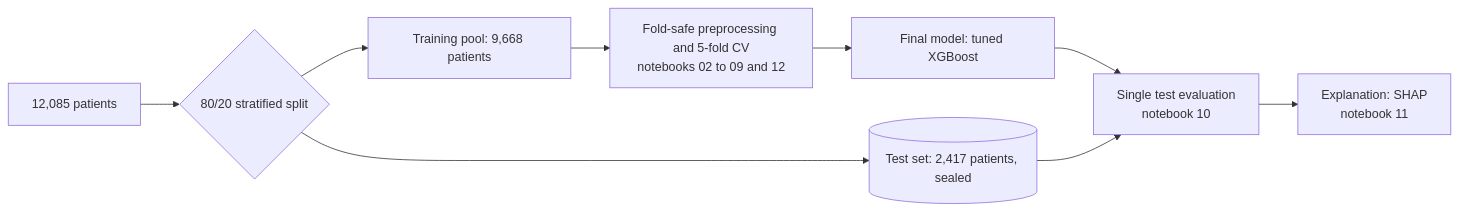
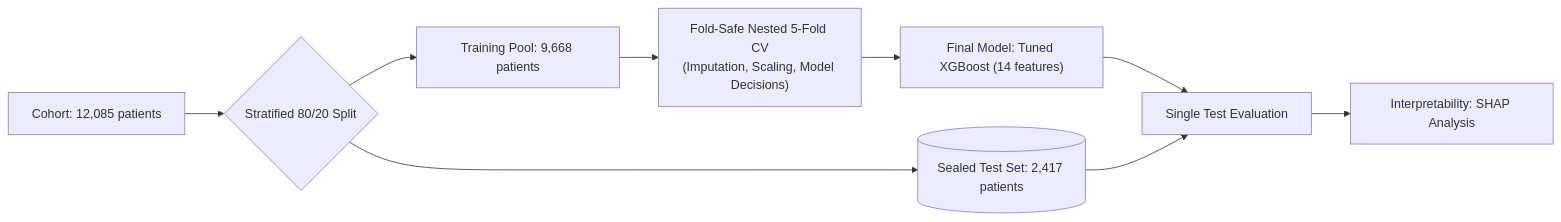
The diagram in README.md (prathamkariya/Autoimmune-Disease), drawn with Mermaid before and after one commit. The commit also changed other lines of this file, not shown here.

````diff
--- a/README.md
+++ b/README.md
@@ -139,11 +164,11 @@
 ```mermaid
 flowchart LR
-    A["12,085 patients"] --> B{"80/20 stratified split"}
-    B --> T[("Test set: 2,417 patients, sealed")]
-    B --> D["Training pool: 9,668 patients"]
-    D --> C["Fold-safe preprocessing and 5-fold CV<br/>notebooks 02 to 09 and 12"]
-    C --> F["Final model: tuned XGBoost"]
-    F --> E["Single test evaluation<br/>notebook 10"]
+    A["Cohort: 12,085 patients"] --> B{"Stratified 80/20 Split"}
+    B --> T[("Sealed Test Set: 2,417 patients")]
+    B --> D["Training Pool: 9,668 patients"]
+    D --> C["Fold-Safe Nested 5-Fold CV<br/>(Imputation, Scaling, Model Decisions)"]
+    C --> F["Final Model: Tuned XGBoost (14 features)"]
+    F --> E["Single Test Evaluation"]
     T --> E
-    E --> S["Explanation: SHAP<br/>notebook 11"]
+    E --> S["Interpretability: SHAP Analysis"]
 ```
````
